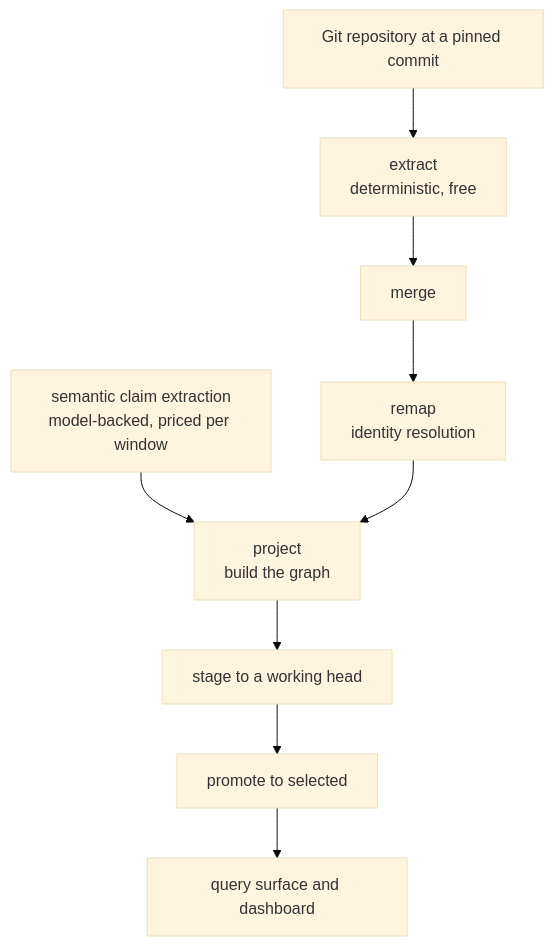
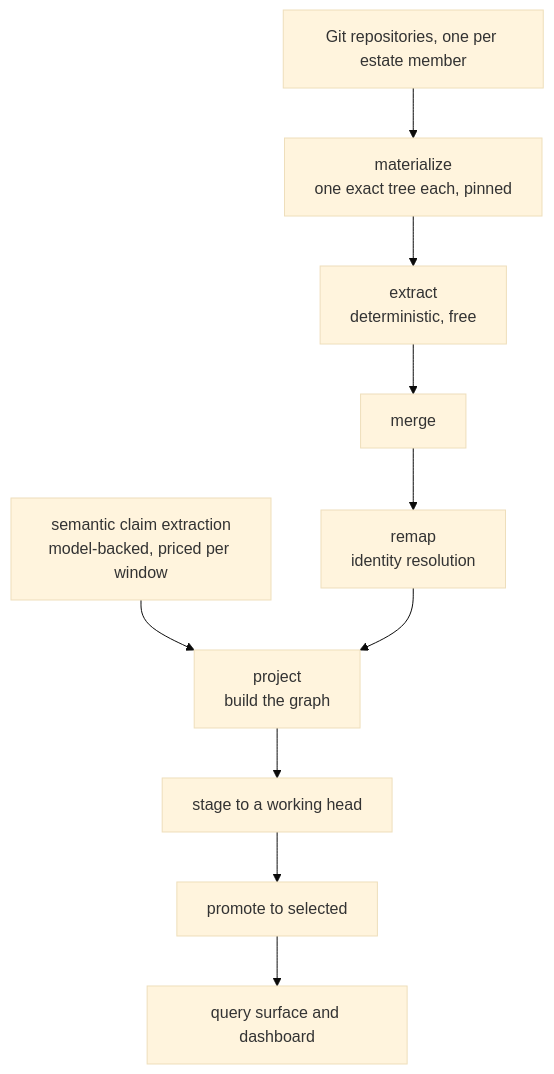
One commit to Token-Smelter/ascrybe changed the diagram in docs/architecture.md. Above: the diagram before and after it, drawn with Mermaid (base theme). The commit also changed other lines of this file and 415 other files, not shown here.

````diff
--- a/docs/architecture.md
+++ b/docs/architecture.md
@@ -7,11 +7,12 @@
 ```mermaid
 flowchart TD
-  repo[Git repository at a pinned commit] --> extract
+  repo["Git repositories, one per estate member"] --> materialize["materialize<br/>one exact tree each, pinned"]
+  materialize --> extract
   extract[extract<br/>deterministic, free] --> merge[merge]
   merge --> remap[remap<br/>identity resolution]
   claims[semantic claim extraction<br/>model-backed, priced per window] --> project
   remap --> project[project<br/>build the graph]
   project --> stage[stage to a working head]
   stage --> promote[promote to selected]
   promote --> serve[query surface and dashboard]
 ```
````
